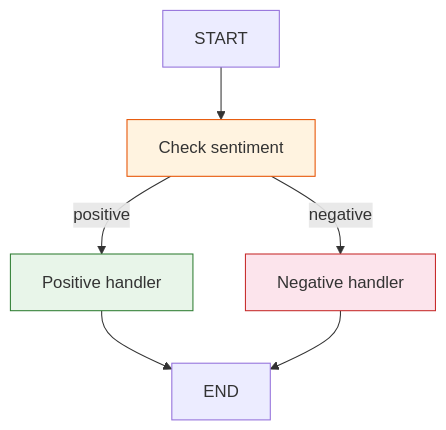
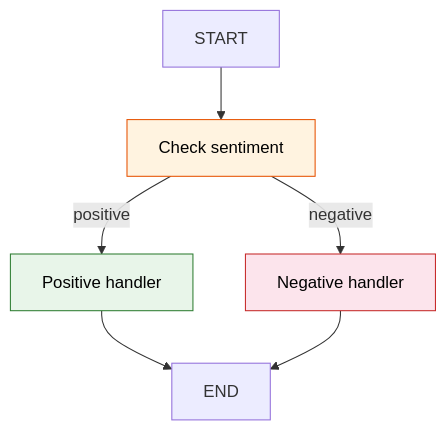
One commit to remolaan/Agentic-AI-Cookbook changed the diagram in 25_conditional_edges_langgraph/README.md. Above: the diagram before and after it, drawn with Mermaid. The commit also changed 45 other files, not shown here.

Commit message:
Fix Mermaid diagram text colors for readability across all READMEs

````diff
--- a/25_conditional_edges_langgraph/README.md
+++ b/25_conditional_edges_langgraph/README.md
@@ -7,11 +7,11 @@
 ```mermaid
 flowchart TD
     S["START"] --> C["Check sentiment"]
     C -->|"positive"| P["Positive handler"]
     C -->|"negative"| N["Negative handler"]
     P --> E["END"]
     N --> E
-    style C fill:#fff3e0,stroke:#e65100
-    style P fill:#e8f5e9,stroke:#2e7d32
-    style N fill:#fce4ec,stroke:#c62828
+    style C fill:#fff3e0,stroke:#e65100,color:#000000
+    style P fill:#e8f5e9,stroke:#2e7d32,color:#000000
+    style N fill:#fce4ec,stroke:#c62828,color:#000000
 ```
````
